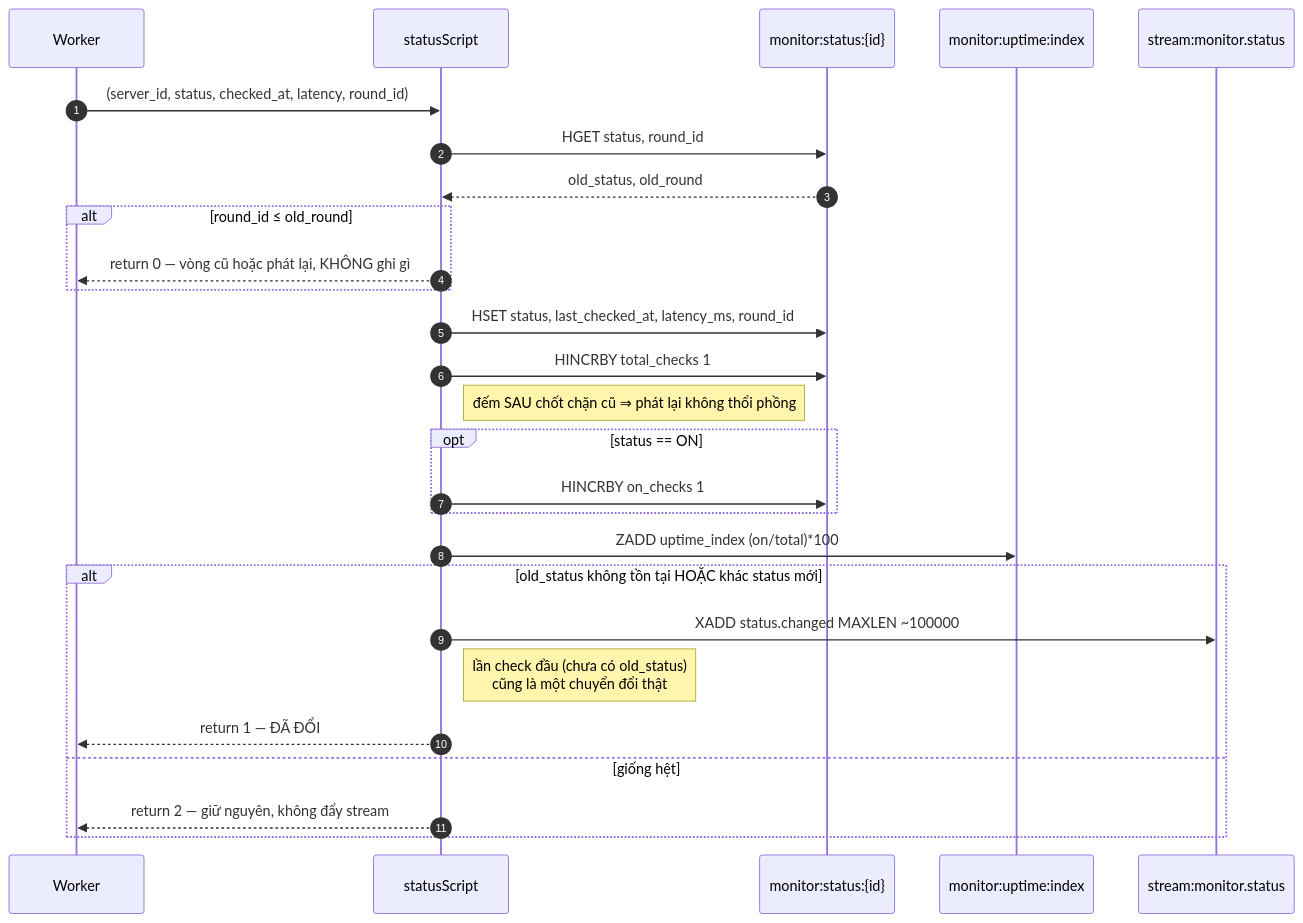
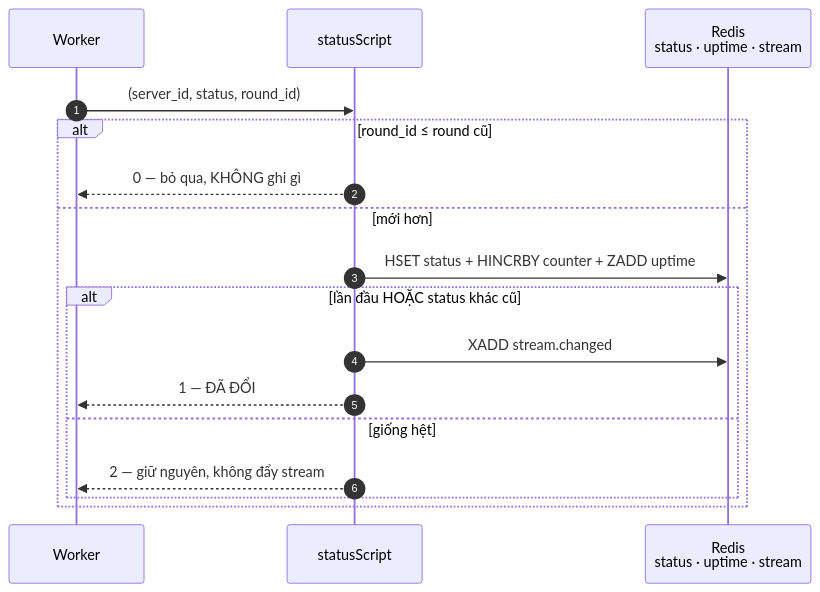
The third of 9 diagrams in .claude/diagrams/sequence-diagrams.md (dwchwang/sms_microservice), drawn with Mermaid before and after one commit. The commit also changed other lines of this file and 4 other files, not shown here.

Commit message:
Refactor sequence diagrams and documentation for clarity and accuracy

````diff
--- a/.claude/diagrams/sequence-diagrams.md
+++ b/.claude/diagrams/sequence-diagrams.md
@@ -146,33 +81,20 @@
 ```mermaid
 sequenceDiagram
     autonumber
     participant W as Worker
     participant L as statusScript
-    participant K1 as monitor:status:{id}
-    participant K2 as monitor:uptime:index
-    participant K3 as stream:monitor.status
+    participant K as Redis<br/>status · uptime · stream
 
-    W->>L: (server_id, status, checked_at, latency, round_id)
-    L->>K1: HGET status, round_id
-    K1-->>L: old_status, old_round
-
-    alt round_id ≤ old_round
-        L-->>W: return 0 — vòng cũ hoặc phát lại, KHÔNG ghi gì
-    end
-
-    L->>K1: HSET status, last_checked_at, latency_ms, round_id
-    L->>K1: HINCRBY total_checks 1
-    note right of L: đếm SAU chốt chặn cũ ⇒ phát lại không thổi phồng
-    opt status == ON
-        L->>K1: HINCRBY on_checks 1
-    end
-    L->>K2: ZADD uptime_index (on/total)*100
-
-    alt old_status không tồn tại HOẶC khác status mới
-        L->>K3: XADD status.changed MAXLEN ~100000
-        note right of L: lần check đầu (chưa có old_status)<br/>cũng là một chuyển đổi thật
-        L-->>W: return 1 — ĐÃ ĐỔI
-    else giống hệt
-        L-->>W: return 2 — giữ nguyên, không đẩy stream
+    W->>L: (server_id, status, round_id)
+    alt round_id ≤ round cũ
+        L-->>W: 0 — bỏ qua, KHÔNG ghi gì
+    else mới hơn
+        L->>K: HSET status + HINCRBY counter + ZADD uptime
+        alt lần đầu HOẶC status khác cũ
+            L->>K: XADD stream.changed
+            L-->>W: 1 — ĐÃ ĐỔI
+        else giống hệt
+            L-->>W: 2 — giữ nguyên, không đẩy stream
+        end
     end
 ```
````
